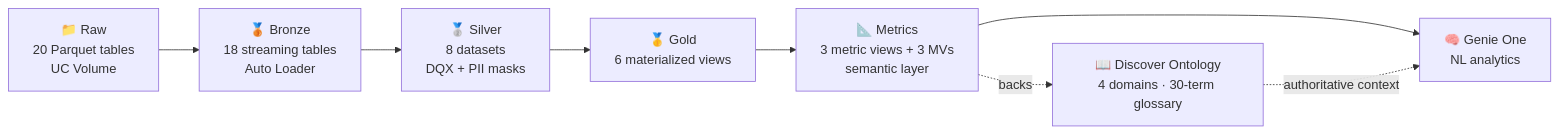
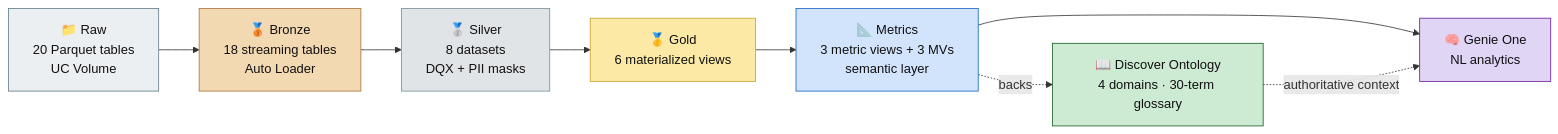
The first of 3 diagrams in README.md (gurpreetseth-db/DQ_UC_Ontology), drawn with Mermaid before and after one commit. The commit also changed other lines of this file, not shown here.

Commit message:
Style README Mermaid diagrams with color for UI clarity
Add classDef color styling to the hero and ontology-flow diagrams (medallion
layers, Genie, ontology, measure/answer nodes) so they read at a glance.
Keeps native GitHub Mermaid rendering — interactive (click to zoom/pan) and
always in sync with source — rather than static PNG exports.

````diff
--- a/README.md
+++ b/README.md
@@ -10,10 +10,25 @@
 ```mermaid
 flowchart LR
     RAW["📁 Raw<br/>20 Parquet tables<br/>UC Volume"] --> BRZ["🥉 Bronze<br/>18 streaming tables<br/>Auto Loader"]
     BRZ --> SLV["🥈 Silver<br/>8 datasets<br/>DQX + PII masks"]
     SLV --> GLD["🥇 Gold<br/>6 materialized views"]
     GLD --> MET["📐 Metrics<br/>3 metric views + 3 MVs<br/>semantic layer"]
     MET --> GEN["🧠 Genie One<br/>NL analytics"]
     ONT["📖 Discover Ontology<br/>4 domains · 30-term glossary"] -. "authoritative context" .-> GEN
     MET -. "backs" .-> ONT
+
+    classDef raw fill:#ECEFF1,stroke:#607D8B,color:#111
+    classDef bronze fill:#F3D9B1,stroke:#A9743B,color:#111
+    classDef silver fill:#E0E4E7,stroke:#78909C,color:#111
+    classDef gold fill:#FCE9A6,stroke:#C9A227,color:#111
+    classDef metrics fill:#D2E3FC,stroke:#1565C0,color:#111
+    classDef genie fill:#E1D5F5,stroke:#6A1B9A,color:#111
+    classDef onto fill:#CDEBD3,stroke:#1B5E20,color:#111
+    class RAW raw
+    class BRZ bronze
+    class SLV silver
+    class GLD gold
+    class MET metrics
+    class GEN genie
+    class ONT onto
 ```
````
